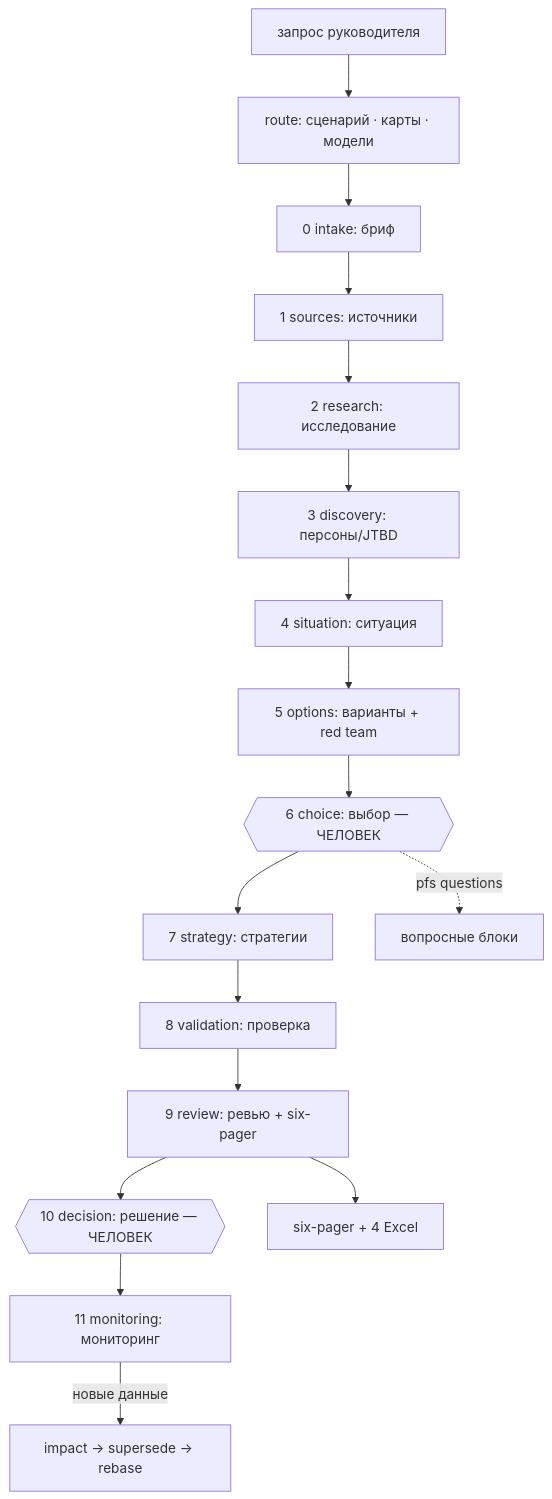
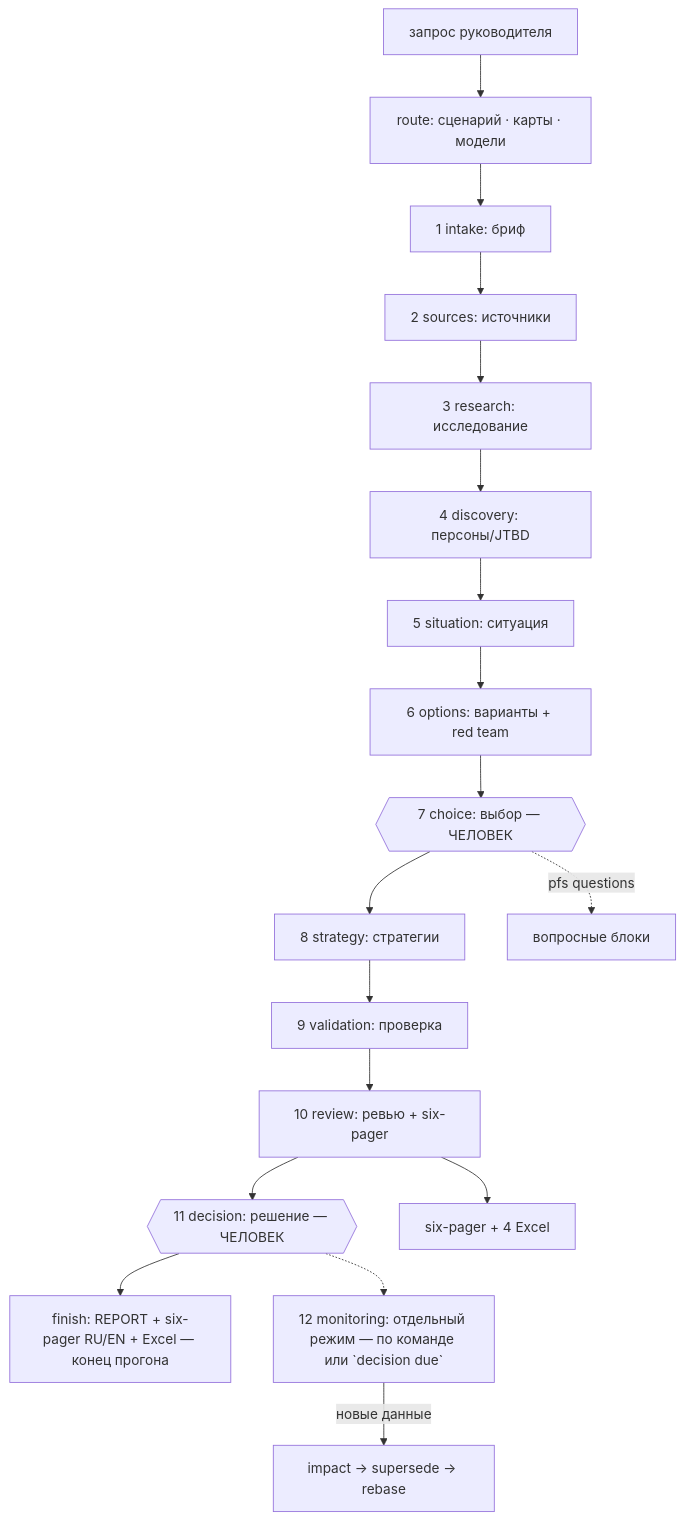
The first of 4 diagrams in README.md (Fighter90/product-factory-strategist), drawn with Mermaid before and after one commit. The commit also changed other lines of this file and 7 other files, not shown here.

````diff
--- a/README.md
+++ b/README.md
@@ -167,8 +167,10 @@
 ```mermaid
 flowchart TD
   Q["запрос руководителя"] --> R["route: сценарий · карты · модели"]
-  R --> S0["0 intake: бриф"] --> S1["1 sources: источники"] --> S2["2 research: исследование"] --> S3["3 discovery: персоны/JTBD"] --> S4["4 situation: ситуация"] --> S5["5 options: варианты + red team"] --> S6{{"6 choice: выбор — ЧЕЛОВЕК"}} --> S7["7 strategy: стратегии"] --> S8["8 validation: проверка"] --> S9["9 review: ревью + six-pager"] --> S10{{"10 decision: решение — ЧЕЛОВЕК"}} --> S11["11 monitoring: мониторинг"]
-  S6 -.->|"pfs questions"| QB["вопросные блоки"]
-  S9 --> DECK["six-pager + 4 Excel"]
-  S11 -->|"новые данные"| REF["impact → supersede → rebase"]
+  R --> S1["1 intake: бриф"] --> S2["2 sources: источники"] --> S3["3 research: исследование"] --> S4["4 discovery: персоны/JTBD"] --> S5["5 situation: ситуация"] --> S6["6 options: варианты + red team"] --> S7{{"7 choice: выбор — ЧЕЛОВЕК"}} --> S8["8 strategy: стратегии"] --> S9["9 validation: проверка"] --> S10["10 review: ревью + six-pager"] --> S11{{"11 decision: решение — ЧЕЛОВЕК"}} --> FIN["finish: REPORT + six-pager RU/EN + Excel — конец прогона"]
+  S12["12 monitoring: отдельный режим — по команде или `decision due`"]
+  S11 -.-> S12
+  S7 -.->|"pfs questions"| QB["вопросные блоки"]
+  S10 --> DECK["six-pager + 4 Excel"]
+  S12 -->|"новые данные"| REF["impact → supersede → rebase"]
 ```
````
